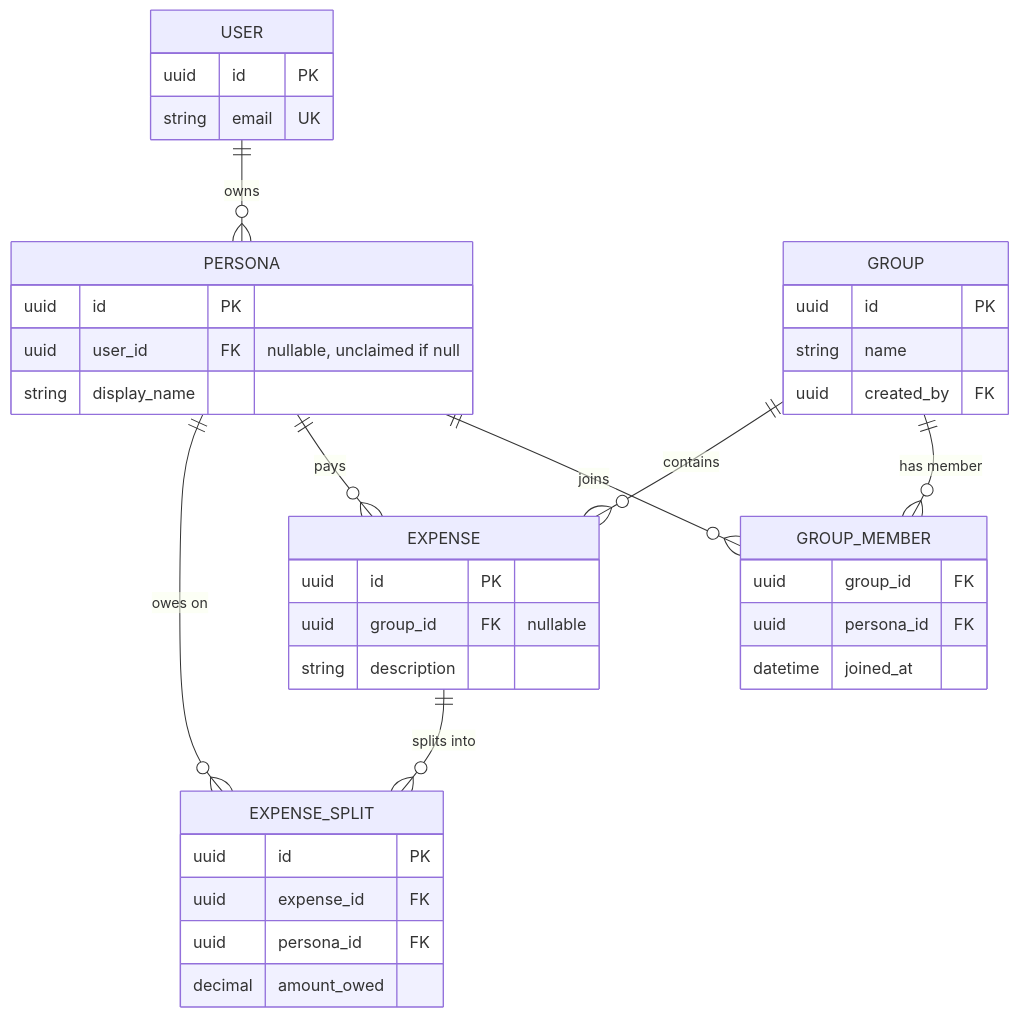
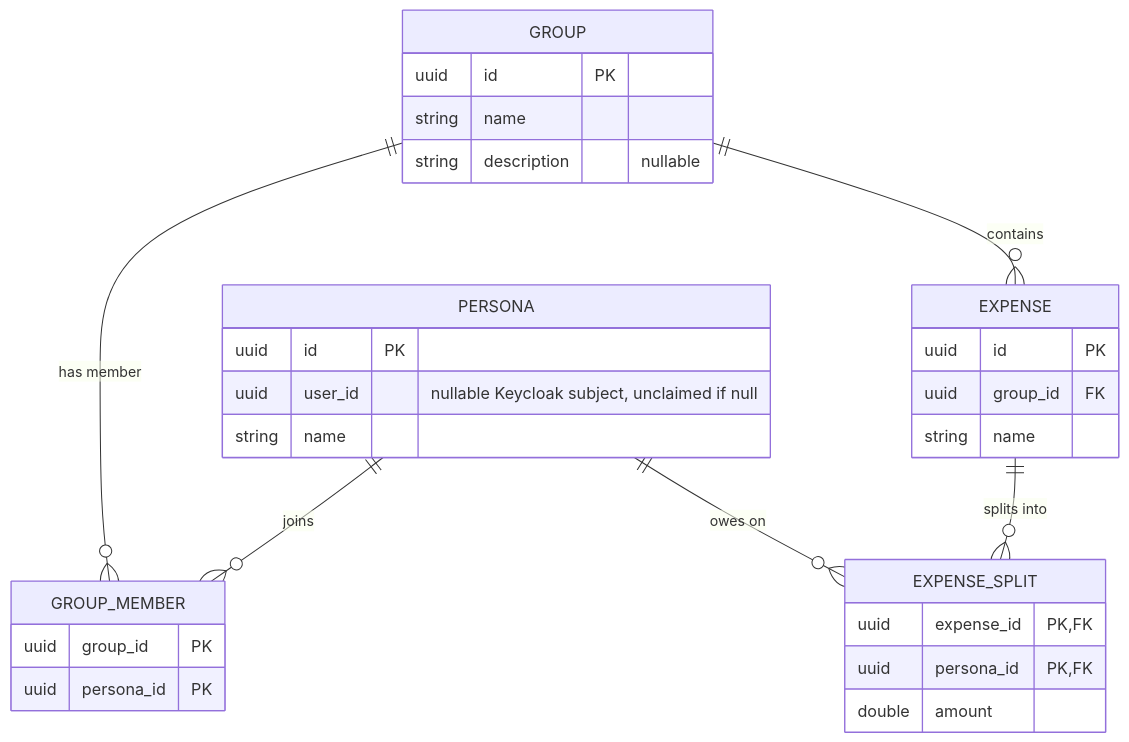
The diagram in api/docs/domain.MD (MrD4rkne/oweme-ecosystem), drawn with Mermaid before and after one commit. The commit also changed other lines of this file and 16 other files, not shown here.

````diff
--- a/api/docs/domain.MD
+++ b/api/docs/domain.MD
@@ -1,41 +1,33 @@
 ```mermaid
 erDiagram
-    USER ||--o{ PERSONA: "owns"
     PERSONA ||--o{ GROUP_MEMBER: "joins"
     GROUP ||--o{ GROUP_MEMBER: "has member"
     GROUP ||--o{ EXPENSE: "contains"
-    PERSONA ||--o{ EXPENSE: "pays"
     EXPENSE ||--o{ EXPENSE_SPLIT: "splits into"
     PERSONA ||--o{ EXPENSE_SPLIT: "owes on"
 
-    USER {
-        uuid id PK
-        string email UK
-    }
     PERSONA {
         uuid id PK
-        uuid user_id FK "nullable, unclaimed if null"
-        string display_name
+        uuid user_id "nullable Keycloak subject, unclaimed if null"
+        string name
     }
     GROUP {
         uuid id PK
         string name
-        uuid created_by FK
+        string description "nullable"
     }
     GROUP_MEMBER {
-        uuid group_id FK
-        uuid persona_id FK
-        datetime joined_at
+        uuid group_id PK
+        uuid persona_id PK
     }
     EXPENSE {
         uuid id PK
-        uuid group_id FK "nullable"
-        string description
+        uuid group_id FK
+        string name
     }
     EXPENSE_SPLIT {
-        uuid id PK
-        uuid expense_id FK
-        uuid persona_id FK
-        decimal amount_owed
+        uuid expense_id PK,FK
+        uuid persona_id PK,FK
+        double amount
     }
 ```
````
